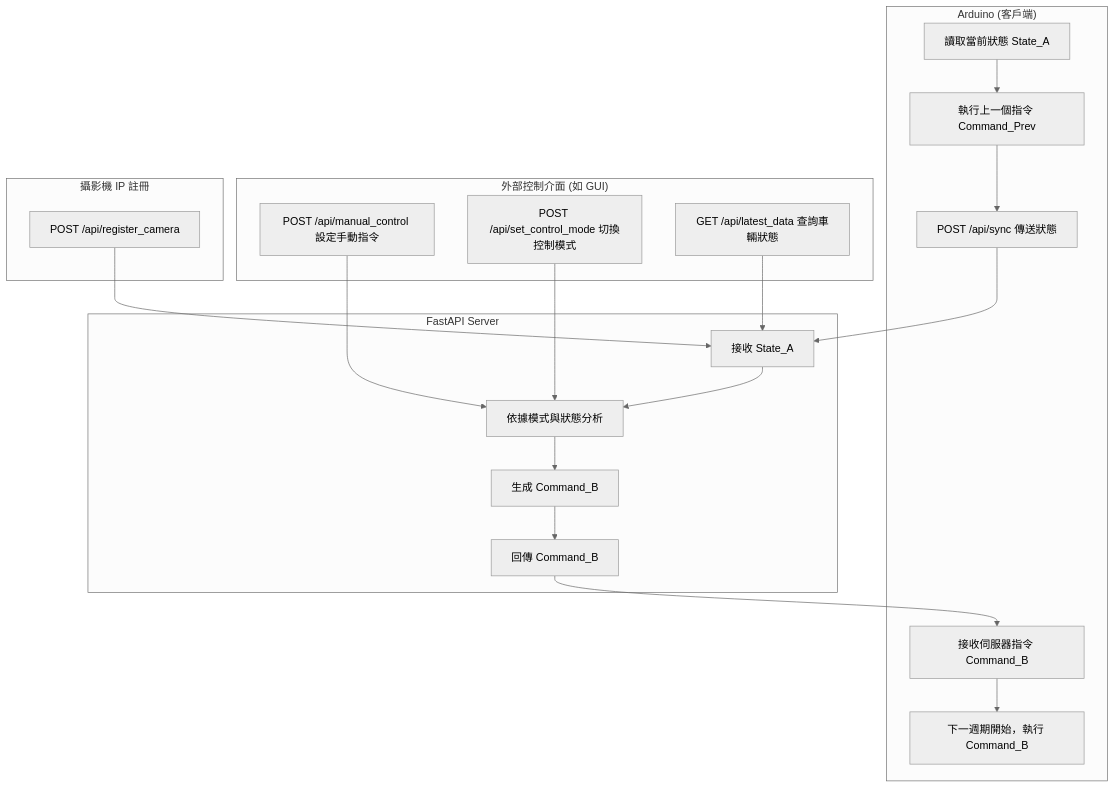
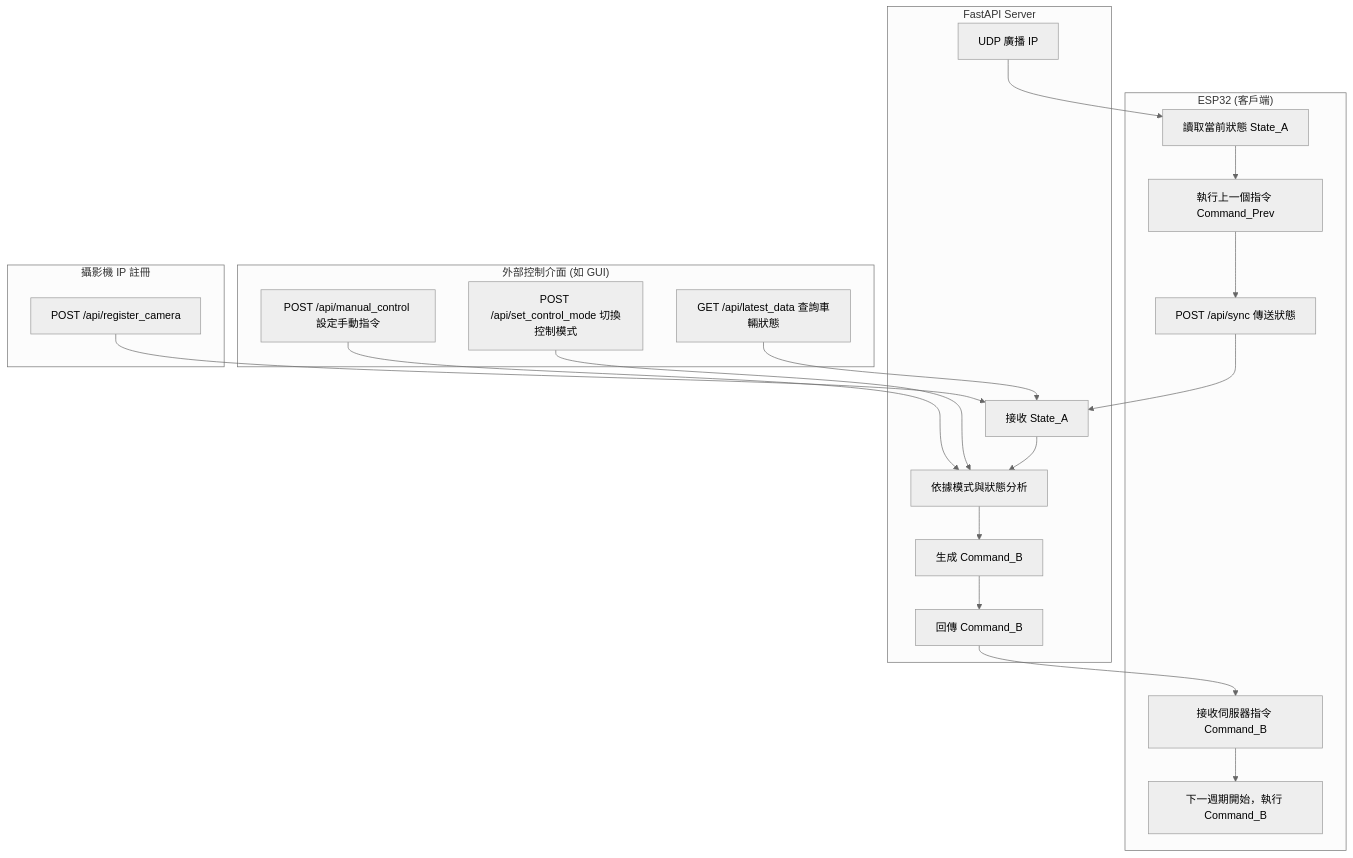
Before and after one commit to hamanpaul/mini-auto: the diagram in docs/api_callflow.md, drawn with Mermaid (neutral theme). The commit also changed other lines of this file and 30 other files, not shown here.

````diff
--- a/docs/api_callflow.md
+++ b/docs/api_callflow.md
@@ -48,39 +49,41 @@
 ```mermaid
 flowchart TD
-    %% Arduino 通訊流程
-    subgraph Arduino_Client ["Arduino (客戶端)"]
-        A1["讀取當前狀態 State_A"]
-        A2["執行上一個指令 Command_Prev"]
-        A3["POST /api/sync 傳送狀態"]
-        A4["接收伺服器指令 Command_B"]
-        A5["下一週期開始，執行 Command_B"]
+    %% ESP32 通訊流程
+    subgraph ESP32_Client ["ESP32 (客戶端)"]
+        E1["讀取當前狀態 State_A"]
+        E2["執行上一個指令 Command_Prev"]
+        E3["POST /api/sync 傳送狀態"]
+        E4["接收伺服器指令 Command_B"]
+        E5["下一週期開始，執行 Command_B"]
     end
 
     %% FastAPI 通訊流程
     subgraph FastAPI_Server ["FastAPI Server"]
+        S0["UDP 廣播 IP"]
         S1["接收 State_A"]
         S2["依據模式與狀態分析"]
         S3["生成 Command_B"]
         S4["回傳 Command_B"]
     end
 
     %% 外部控制介面
     subgraph External_Interface ["外部控制介面 (如 GUI)"]
-        E1["POST /api/manual_control 設定手動指令"]
-        E2["POST /api/set_control_mode 切換控制模式"]
-        E3["GET /api/latest_data 查詢車輛狀態"]
+        G1["POST /api/manual_control 設定手動指令"]
+        G2["POST /api/set_control_mode 切換控制模式"]
+        G3["GET /api/latest_data 查詢車輛狀態"]
     end
 
     %% 擴充功能
     subgraph IP_Registration ["攝影機 IP 註冊"]
         R1["POST /api/register_camera"]
     end
 
     %% 時間流程與箭頭
-    A1 --> A2 --> A3 --> S1
-    S1 --> S2 --> S3 --> S4 --> A4 --> A5
-    E1 --> S2
-    E2 --> S2
-    E3 --> S1
+    S0 --> E1
+    E1 --> E2 --> E3 --> S1
+    S1 --> S2 --> S3 --> S4 --> E4 --> E5
+    G1 --> S2
+    G2 --> S2
+    G3 --> S1
     R1 --> S1
 ```
````
